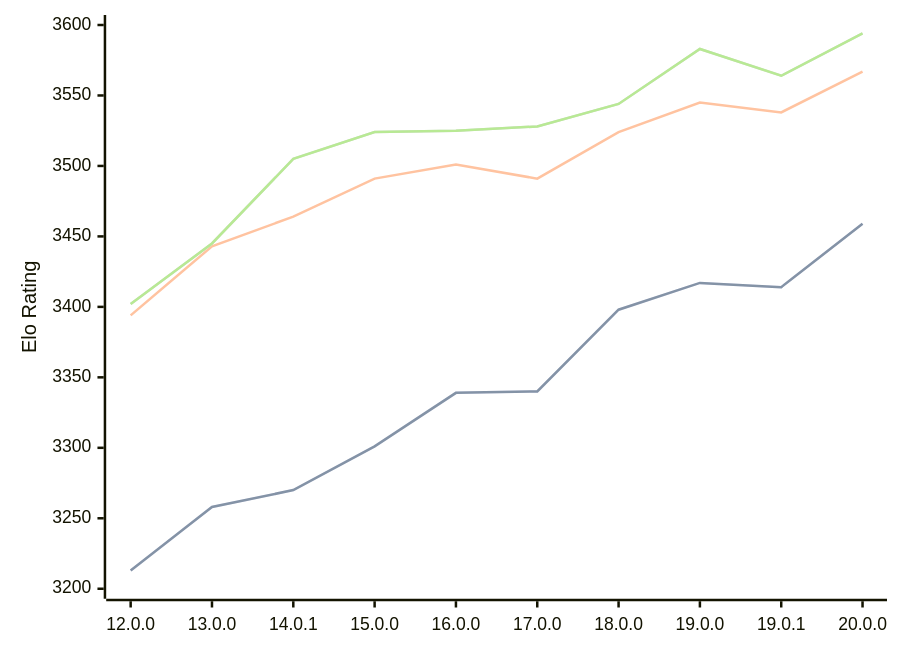
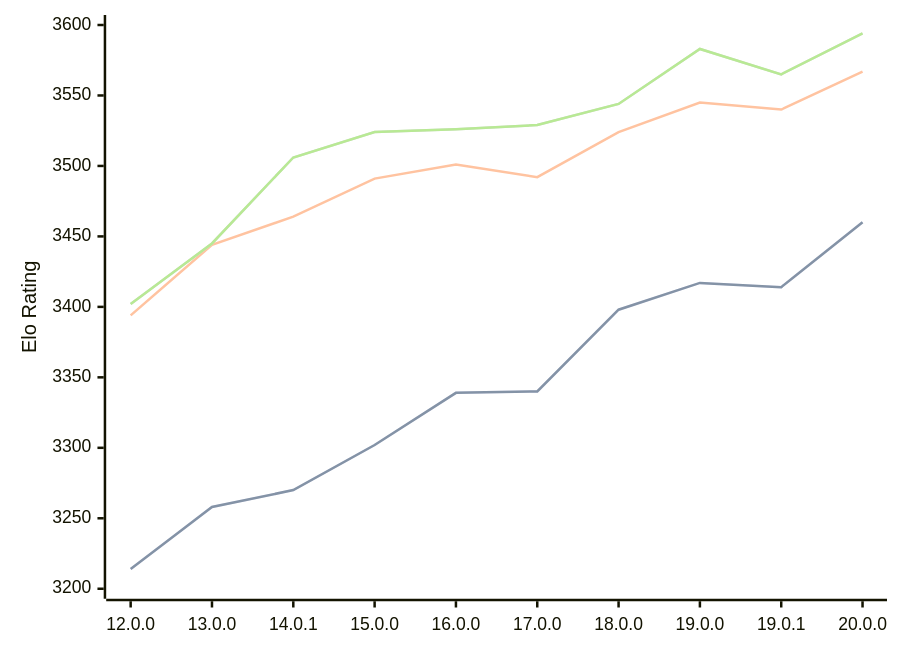
One commit to computer-chess-index/cci changed the diagram in engines/Viridithas.md. Above: the diagram before and after it, drawn with Mermaid. The commit also changed other lines of this file, not shown here.

Commit message:
Update CCI Ratings (ELO VLTC) - 2026-09-27

````diff
--- a/engines/Viridithas.md
+++ b/engines/Viridithas.md
@@ -40,11 +40,11 @@
 ```mermaid
 %%{init: {"theme":"base","themeVariables":{"seriesColors:['#a3a3a3','#222221','#faa371']}}}%%
 xychart-beta
   x-axis ["12.0.0", "13.0.0", "14.0.1", "15.0.0", "16.0.0", "17.0.0", "18.0.0", "19.0.0", "19.0.1", "20.0.0"]
   y-axis "Elo Rating" 3200 --> 3600
-  line "" [3213, 3258, 3270, 3301, 3339, 3340, 3398, 3417, 3414, 3459]
-  line "STC (8.0+0.08s)" [3213, 3258, 3270, 3301, 3339, 3340, 3398, 3417, 3414, 3459]
-  line "LTC (60.0+0.60s)" [3394, 3443, 3464, 3491, 3501, 3491, 3524, 3545, 3538, 3567]
-  line "" [3402, 3445, 3505, 3524, 3525, 3528, 3544, 3583, 3564, 3594]
-  line "VLTC (2m24s+1.12s)" [3402, 3445, 3505, 3524, 3525, 3528, 3544, 3583, 3564, 3594]
+  line "" [3214, 3258, 3270, 3302, 3339, 3340, 3398, 3417, 3414, 3460]
+  line "STC (8.0+0.08s)" [3214, 3258, 3270, 3302, 3339, 3340, 3398, 3417, 3414, 3460]
+  line "LTC (60.0+0.60s)" [3394, 3444, 3464, 3491, 3501, 3492, 3524, 3545, 3540, 3567]
+  line "" [3402, 3445, 3506, 3524, 3526, 3529, 3544, 3583, 3565, 3594]
+  line "VLTC (2m24s+1.12s)" [3402, 3445, 3506, 3524, 3526, 3529, 3544, 3583, 3565, 3594]
 ```
````
